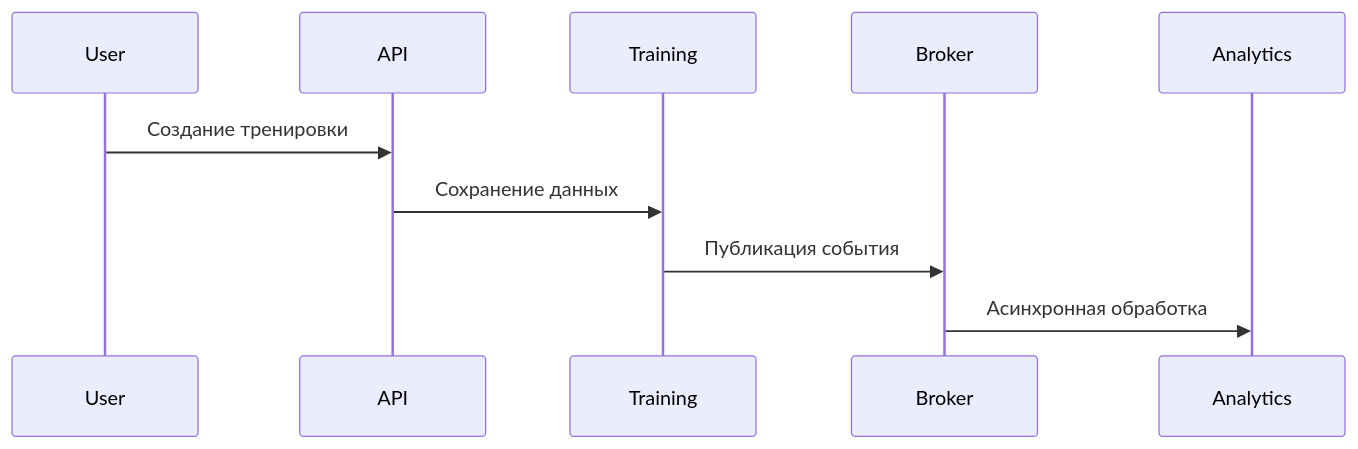
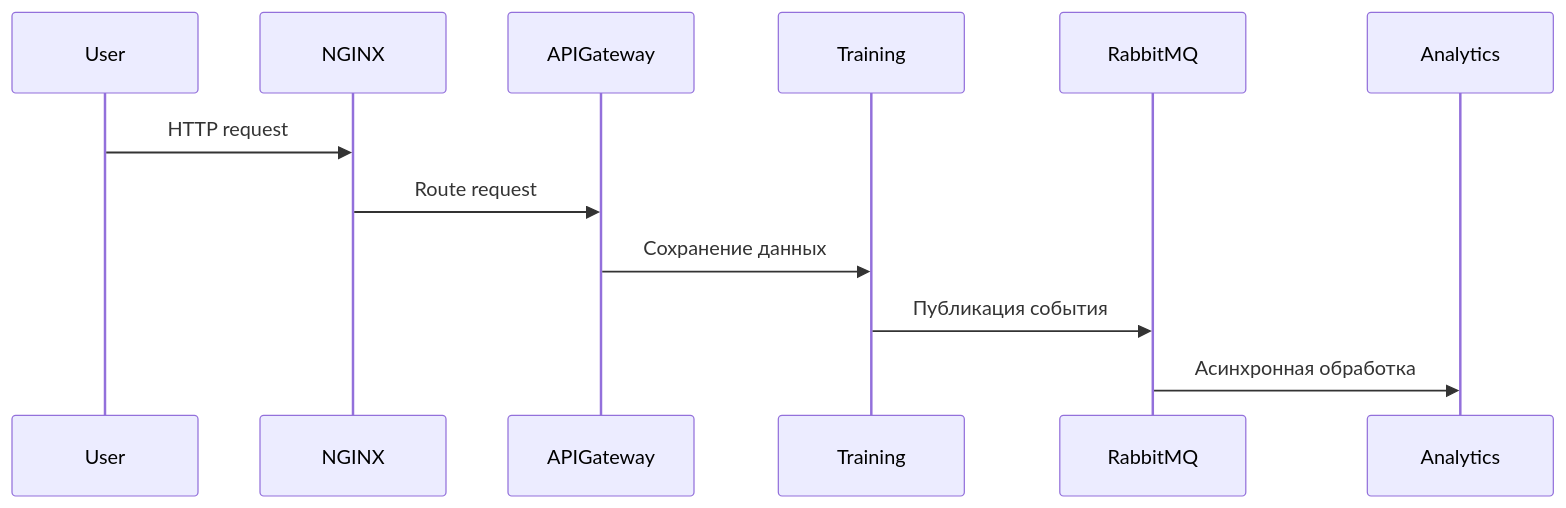
The fourth of 7 diagrams in 03-architecture/architecture-views.md (HiddenFox29/Athletica), drawn with Mermaid before and after one commit. The commit also changed other lines of this file and 5 other files, not shown here.

````diff
--- a/03-architecture/architecture-views.md
+++ b/03-architecture/architecture-views.md
@@ -229,13 +231,15 @@
 ```mermaid
 sequenceDiagram
     participant User
-    participant API
+    participant NGINX
+    participant APIGateway
     participant Training
-    participant Broker
+    participant RabbitMQ
     participant Analytics
 
-    User->>API: Создание тренировки
-    API->>Training: Сохранение данных
-    Training->>Broker: Публикация события
-    Broker->>Analytics: Асинхронная обработка
+    User->>NGINX: HTTP request
+    NGINX->>APIGateway: Route request
+    APIGateway->>Training: Сохранение данных
+    Training->>RabbitMQ: Публикация события
+    RabbitMQ->>Analytics: Асинхронная обработка
 ```
````
